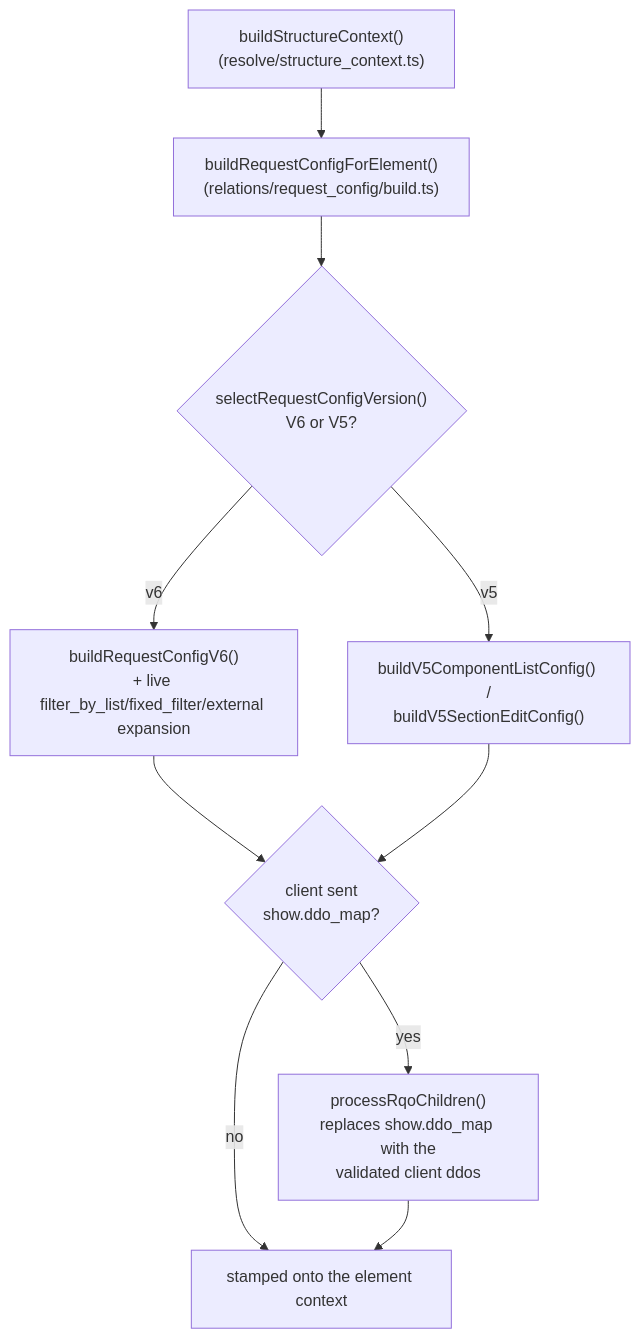
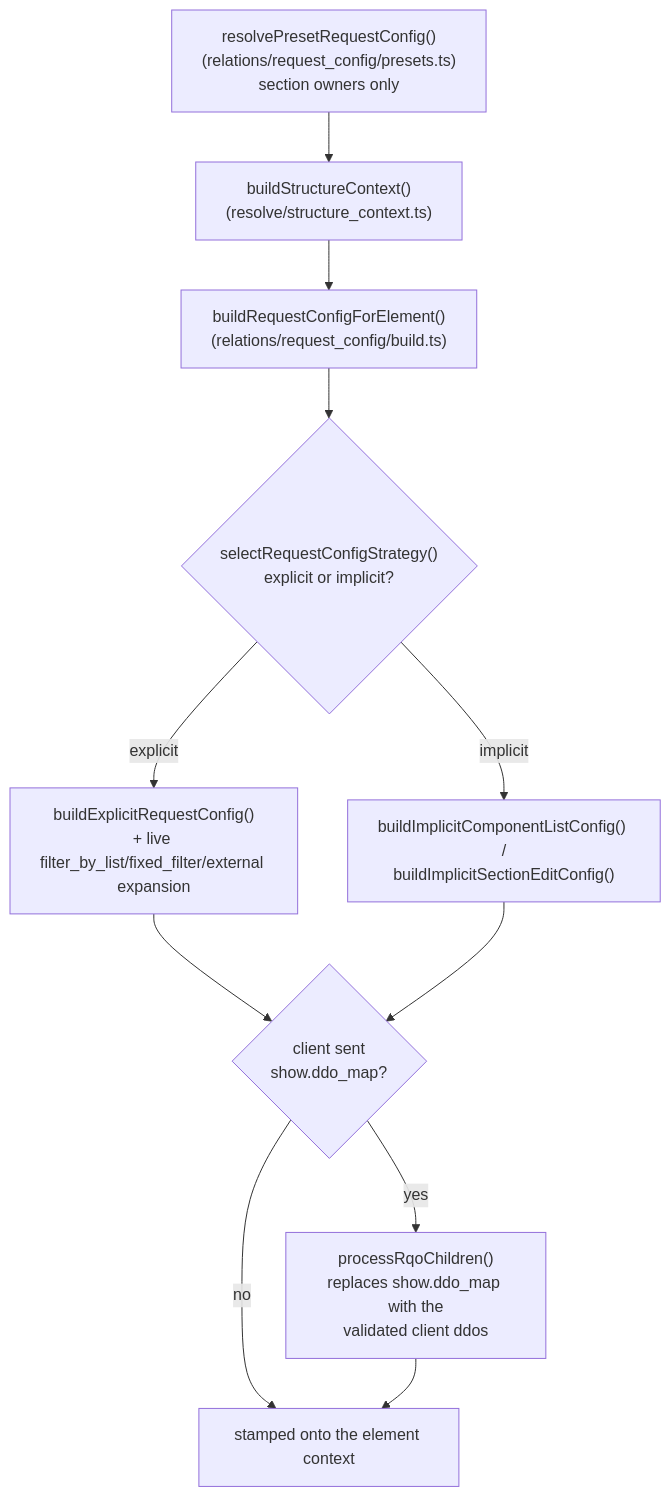
The diagram in docs/core/request_config.md (renderpci/dedalo), drawn with Mermaid before and after one commit. The commit also changed other lines of this file and 11 other files, not shown here.

First line of the commit message:
docs: update architecture overview to reflect TypeScript/Bun server implementation and clarify documentation structure

````diff
--- a/docs/core/request_config.md
+++ b/docs/core/request_config.md
@@ -127,12 +110,13 @@
 ```mermaid
 flowchart TD
+    P["resolvePresetRequestConfig()<br/>(relations/request_config/presets.ts)<br/>section owners only"] --> A
     A["buildStructureContext()<br/>(resolve/structure_context.ts)"] --> B["buildRequestConfigForElement()<br/>(relations/request_config/build.ts)"]
-    B --> C{"selectRequestConfigVersion()<br/>V6 or V5?"}
-    C -->|v6| D["buildRequestConfigV6()<br/>+ live filter_by_list/fixed_filter/external expansion"]
-    C -->|v5| E["buildV5ComponentListConfig() /<br/>buildV5SectionEditConfig()"]
+    B --> C{"selectRequestConfigStrategy()<br/>explicit or implicit?"}
+    C -->|explicit| D["buildExplicitRequestConfig()<br/>+ live filter_by_list/fixed_filter/external expansion"]
+    C -->|implicit| E["buildImplicitComponentListConfig() /<br/>buildImplicitSectionEditConfig()"]
     D --> F{client sent<br/>show.ddo_map?}
     E --> F
     F -->|yes| G["processRqoChildren()<br/>replaces show.ddo_map with the<br/>validated client ddos"]
     F -->|no| H[stamped onto the element context]
     G --> H
 ```
````
